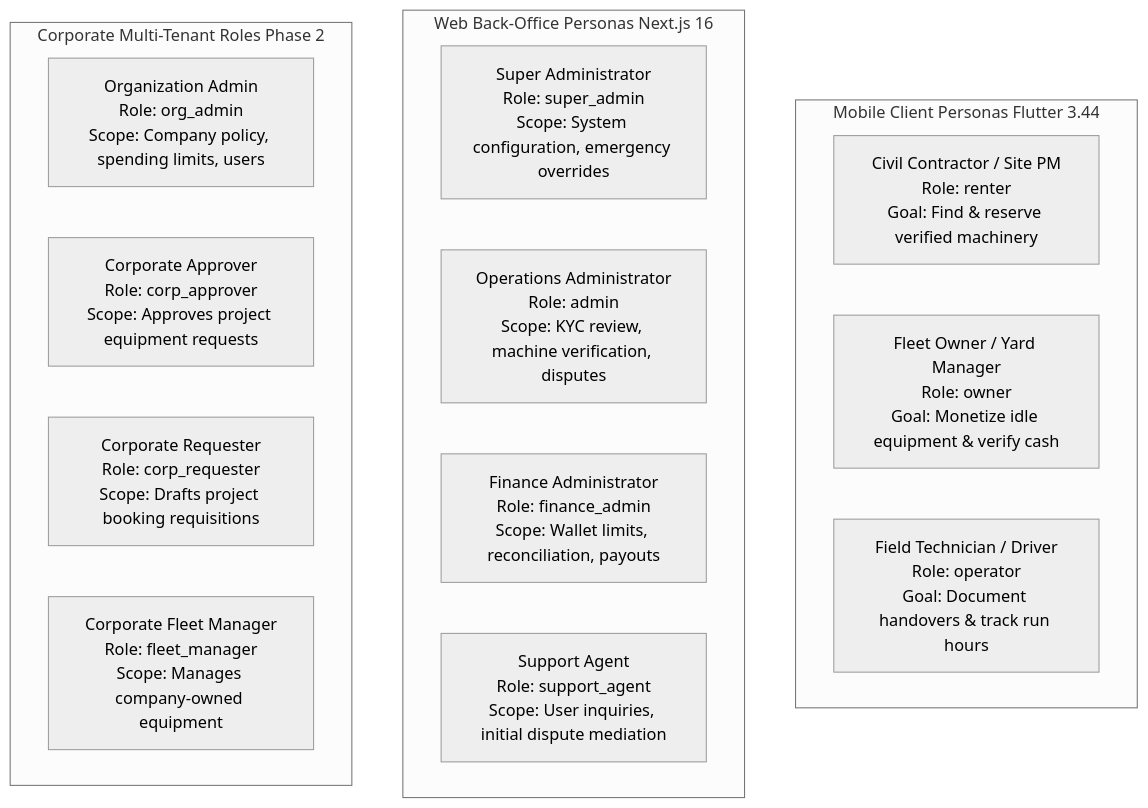
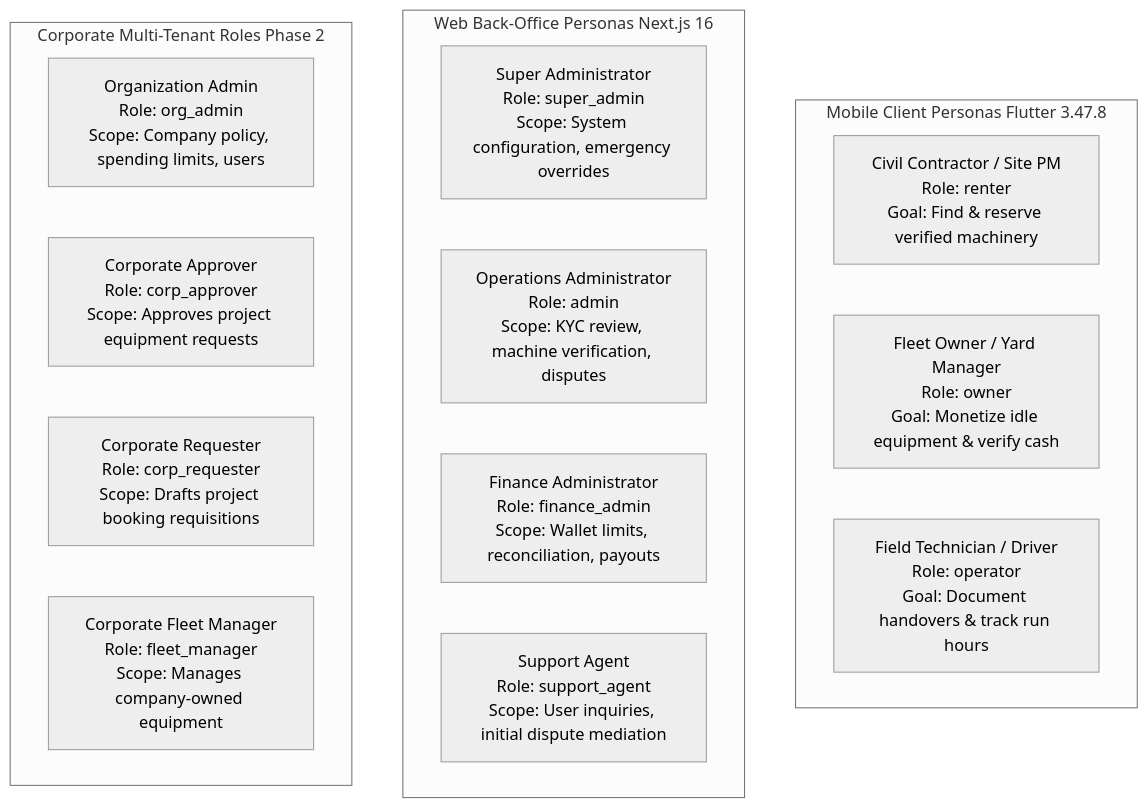
Before and after one commit to YDink/Heavy-Machinery-Logistics-Rental: the diagram in docs/shared/architecture/01-introduction.md, drawn with Mermaid (neutral theme). The commit also changed other lines of this file and 212 other files, not shown here.

````diff
--- a/docs/shared/architecture/01-introduction.md
+++ b/docs/shared/architecture/01-introduction.md
@@ -96,22 +96,22 @@
 ```mermaid
 flowchart TD
-    subgraph MobilePersonas [Mobile Client Personas Flutter 3.44]
+    subgraph MobilePersonas [Mobile Client Personas Flutter 3.47.8]
         Renter["Civil Contractor / Site PM<br/>Role: renter<br/>Goal: Find & reserve verified machinery"]
         Owner["Fleet Owner / Yard Manager<br/>Role: owner<br/>Goal: Monetize idle equipment & verify cash"]
         Operator["Field Technician / Driver<br/>Role: operator<br/>Goal: Document handovers & track run hours"]
     end
 
     subgraph AdminPersonas [Web Back-Office Personas Next.js 16]
         SuperAdmin["Super Administrator<br/>Role: super_admin<br/>Scope: System configuration, emergency overrides"]
         OpsAdmin["Operations Administrator<br/>Role: admin<br/>Scope: KYC review, machine verification, disputes"]
         FinanceAdmin["Finance Administrator<br/>Role: finance_admin<br/>Scope: Wallet limits, reconciliation, payouts"]
         SupportAgent["Support Agent<br/>Role: support_agent<br/>Scope: User inquiries, initial dispute mediation"]
     end
 
     subgraph Phase2Personas [Corporate Multi-Tenant Roles Phase 2]
         OrgAdmin["Organization Admin<br/>Role: org_admin<br/>Scope: Company policy, spending limits, users"]
         CorpApprover["Corporate Approver<br/>Role: corp_approver<br/>Scope: Approves project equipment requests"]
         CorpRequester["Corporate Requester<br/>Role: corp_requester<br/>Scope: Drafts project booking requisitions"]
         FleetManager["Corporate Fleet Manager<br/>Role: fleet_manager<br/>Scope: Manages company-owned equipment"]
     end
 ```
````
